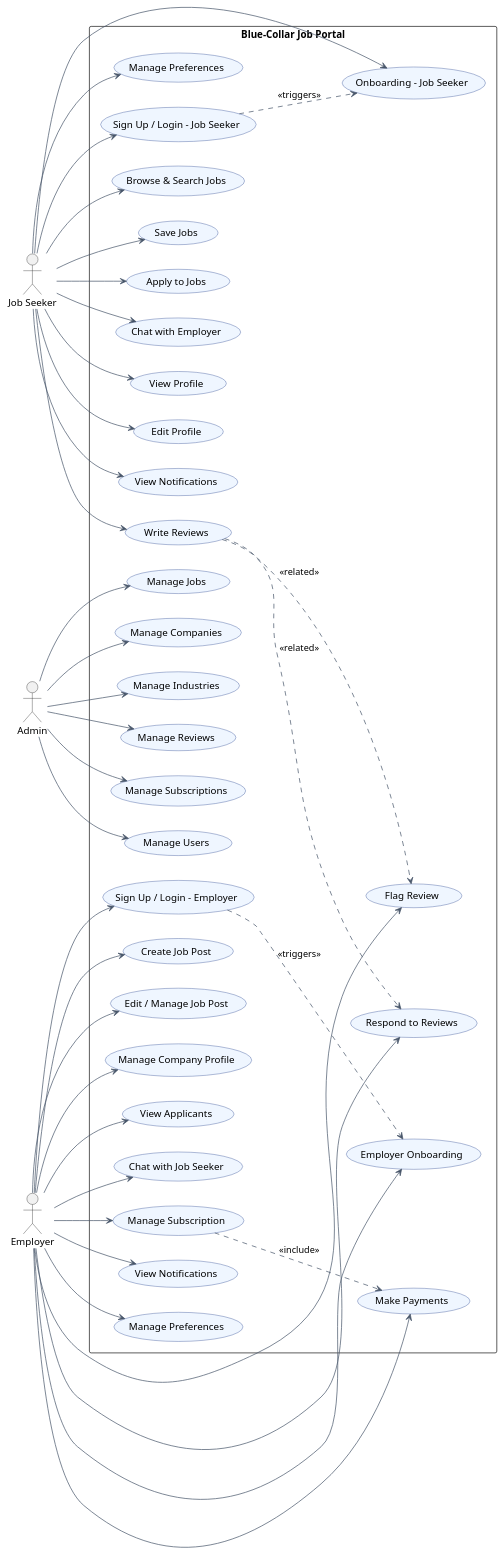
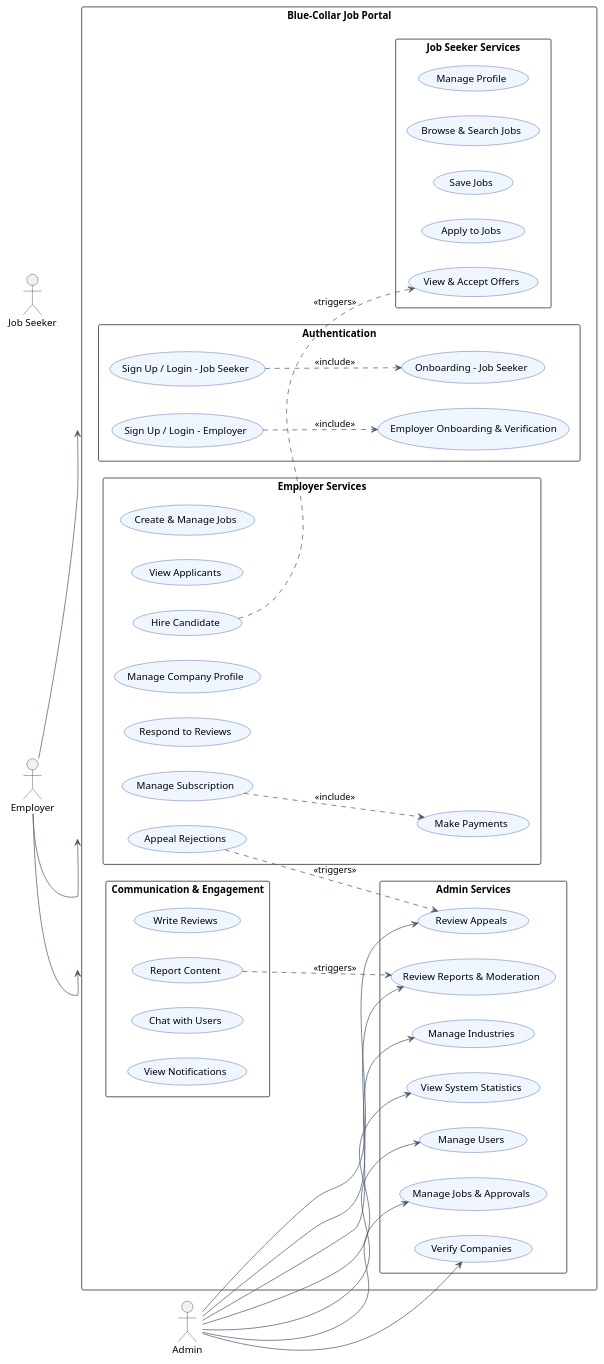
The diagram in docs/use-case-diagram.puml (czefenglim/blue-collar-job-portal), drawn with PlantUML before and after one commit. The commit also changed 91 other files, not shown here.

```diff
--- a/docs/use-case-diagram.puml
+++ b/docs/use-case-diagram.puml
@@ -1,95 +1,105 @@
 @startuml
 left to right direction
 skinparam usecase {
   BackgroundColor #EFF6FF
   BorderColor #1E3A8A
   ArrowColor #475569
 }
+skinparam packageStyle rectangle
 
 actor "Job Seeker" as JS
 actor "Employer" as EMP
 actor "Admin" as ADM
 
 rectangle "Blue-Collar Job Portal" {
-  ' Authentication
-  (Sign Up / Login - Job Seeker) as UC_AuthJS
-  (Sign Up / Login - Employer) as UC_AuthEmp
 
-  ' Job Seeker Use Cases
-  (Onboarding - Job Seeker) as UC_OnboardJS
-  (Browse & Search Jobs) as UC_Browse
-  (Save Jobs) as UC_Save
-  (Apply to Jobs) as UC_Apply
-  (Chat with Employer) as UC_ChatEmp
-  (View Profile) as UC_ViewProfile
-  (Edit Profile) as UC_EditProfile
-  (View Notifications) as UC_NotifyJS
-  (Write Reviews) as UC_WriteReview
-  (Manage Preferences) as UC_PrefsJS
+  package "Authentication" {
+    (Sign Up / Login - Job Seeker) as UC_AuthJS
+    (Sign Up / Login - Employer) as UC_AuthEmp
+    (Onboarding - Job Seeker) as UC_OnboardJS
+    (Employer Onboarding & Verification) as UC_OnboardEmp
+  }
 
-  ' Employer Use Cases
-  (Employer Onboarding) as UC_OnboardEmp
-  (Create Job Post) as UC_CreateJob
-  (Edit / Manage Job Post) as UC_EditJob
-  (Manage Company Profile) as UC_Company
-  (View Applicants) as UC_ViewApps
-  (Chat with Job Seeker) as UC_ChatJS
-  (Manage Subscription) as UC_Sub
-  (Make Payments) as UC_Pay
-  (Respond to Reviews) as UC_RespondReview
-  (Flag Review) as UC_FlagReview
-  (View Notifications) as UC_NotifyEmp
-  (Manage Preferences) as UC_PrefsEmp
+  package "Job Seeker Services" {
+    (Browse & Search Jobs) as UC_Browse
+    (Save Jobs) as UC_Save
+    (Apply to Jobs) as UC_Apply
+    (View & Accept Offers) as UC_Offers
+    (Manage Profile) as UC_JSProfile
+  }
 
-  ' Admin Use Cases
-  (Manage Users) as UC_AdminUsers
-  (Manage Jobs) as UC_AdminJobs
-  (Manage Companies) as UC_AdminCompanies
-  (Manage Industries) as UC_AdminIndustries
-  (Manage Reviews) as UC_AdminReviews
-  (Manage Subscriptions) as UC_AdminSubs
+  package "Communication & Engagement" {
+    (Chat with Users) as UC_Chat
+    (View Notifications) as UC_Notify
+    (Write Reviews) as UC_WriteReview
+    (Report Content) as UC_Report
+  }
+
+  package "Employer Services" {
+    (Create & Manage Jobs) as UC_ManageJobs
+    (View Applicants) as UC_ViewApps
+    (Hire Candidate) as UC_Hire
+    (Manage Company Profile) as UC_CompProfile
+    (Respond to Reviews) as UC_RespondReview
+    (Appeal Rejections) as UC_Appeal
+    (Manage Subscription) as UC_Sub
+    (Make Payments) as UC_Pay
+  }
+
+  package "Admin Services" {
+    (Manage Users) as UC_AdminUsers
+    (Manage Jobs & Approvals) as UC_AdminJobs
+    (Verify Companies) as UC_AdminCompanies
+    (Review Reports & Moderation) as UC_AdminReviews
+    (Review Appeals) as UC_AdminAppeals
+    (Manage Industries) as UC_AdminIndustries
+    (View System Statistics) as UC_AdminStats
+  }
 }
 
 ' Job Seeker Relationships
 JS --> UC_AuthJS
 JS --> UC_OnboardJS
 JS --> UC_Browse
 JS --> UC_Save
 JS --> UC_Apply
-JS --> UC_ChatEmp
-JS --> UC_ViewProfile
-JS --> UC_EditProfile
-JS --> UC_NotifyJS
+JS --> UC_Offers
+JS --> UC_JSProfile
+JS --> UC_Chat
+JS --> UC_Notify
 JS --> UC_WriteReview
-JS --> UC_PrefsJS
+JS --> UC_Report
 
 ' Employer Relationships
 EMP --> UC_AuthEmp
 EMP --> UC_OnboardEmp
-EMP --> UC_CreateJob
-EMP --> UC_EditJob
-EMP --> UC_Company
+EMP --> UC_ManageJobs
 EMP --> UC_ViewApps
-EMP --> UC_ChatJS
+EMP --> UC_Hire
+EMP --> UC_CompProfile
+EMP --> UC_Chat
+EMP --> UC_Notify
+EMP --> UC_RespondReview
+EMP --> UC_Appeal
 EMP --> UC_Sub
 EMP --> UC_Pay
-EMP --> UC_RespondReview
-EMP --> UC_FlagReview
-EMP --> UC_NotifyEmp
-EMP --> UC_PrefsEmp
+EMP --> UC_Report
 
 ' Admin Relationships
 ADM --> UC_AdminUsers
 ADM --> UC_AdminJobs
 ADM --> UC_AdminCompanies
+ADM --> UC_AdminReviews
+ADM --> UC_AdminAppeals
 ADM --> UC_AdminIndustries
-ADM --> UC_AdminReviews
-ADM --> UC_AdminSubs
+ADM --> UC_AdminStats
 
 ' Associations
-UC_AuthJS ..> UC_OnboardJS : <<triggers>>
-UC_AuthEmp ..> UC_OnboardEmp : <<triggers>>
+UC_AuthJS ..> UC_OnboardJS : <<include>>
+UC_AuthEmp ..> UC_OnboardEmp : <<include>>
 UC_Sub ..> UC_Pay : <<include>>
-UC_WriteReview ..> UC_RespondReview : <<related>>
-UC_WriteReview ..> UC_FlagReview : <<related>>
+UC_Hire ..> UC_Offers : <<triggers>>
+UC_Report ..> UC_AdminReviews : <<triggers>>
+UC_Appeal ..> UC_AdminAppeals : <<triggers>>
+
 @enduml
```
